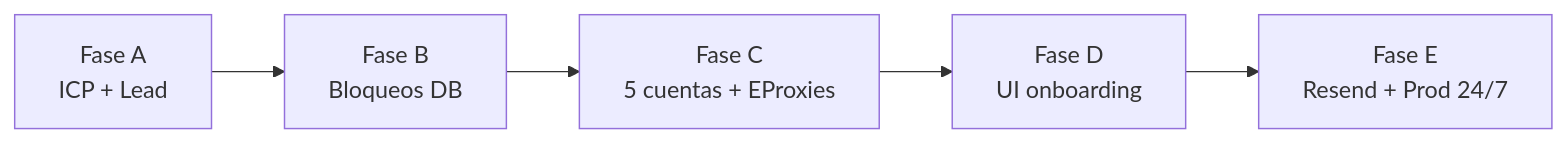
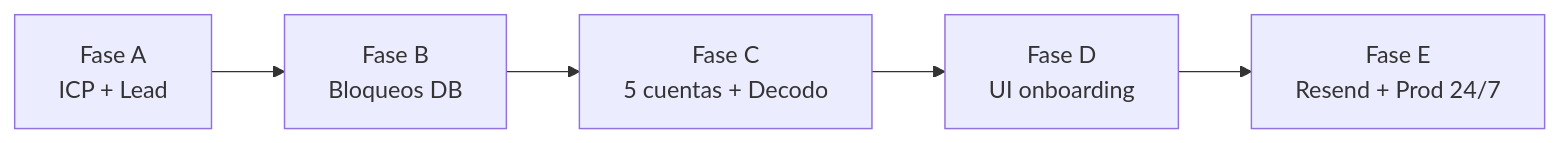
One commit to masterly14/airbnb-prospect changed the diagram in docs/PLAN-IMPLEMENTACION.md. Above: the diagram before and after it, drawn with Mermaid. The commit also changed other lines of this file and 67 other files, not shown here.

````diff
--- a/docs/PLAN-IMPLEMENTACION.md
+++ b/docs/PLAN-IMPLEMENTACION.md
@@ -49,7 +49,7 @@
 ```mermaid
 flowchart LR
   A[Fase A\nICP + Lead] --> B[Fase B\nBloqueos DB]
-  B --> C[Fase C\n5 cuentas + EProxies]
+  B --> C[Fase C\n5 cuentas + Decodo]
   C --> D[Fase D\nUI onboarding]
   D --> E[Fase E\nResend + Prod 24/7]
 ```
````
